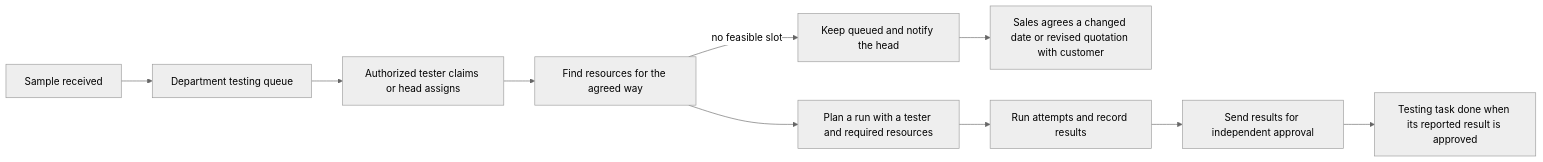
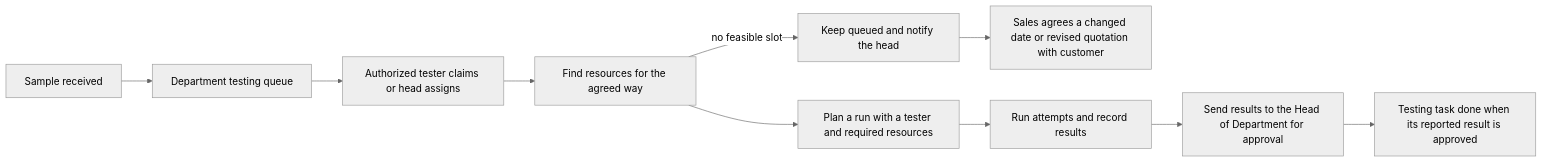
The sixth of 9 diagrams in docs/functional/laboratory_module/overview.md (SoltuneMontepre/medilab), drawn with Mermaid (neutral theme) before and after one commit. The commit also changed other lines of this file and 8 other files, not shown here.

Commit message:
[docs] Align business flows and sign reports before issuance

````diff
--- a/docs/functional/laboratory_module/overview.md
+++ b/docs/functional/laboratory_module/overview.md
@@ -214,12 +215,12 @@
 ```mermaid
 flowchart LR
     received[Sample received] --> queue[Department testing queue]
     queue --> assign[Authorized tester claims or head assigns]
     assign --> recommend[Find resources for the agreed way]
     recommend --> book[Plan a run with a tester and required resources]
     recommend -->|no feasible slot| risk[Keep queued and notify the head]
     risk --> sales[Sales agrees a changed date or revised quotation with customer]
     book --> test[Run attempts and record results]
-    test --> approve[Send results for independent approval]
+    test --> approve[Send results to the Head of Department for approval]
     approve --> done[Testing task done when its reported result is approved]
 ```
````
